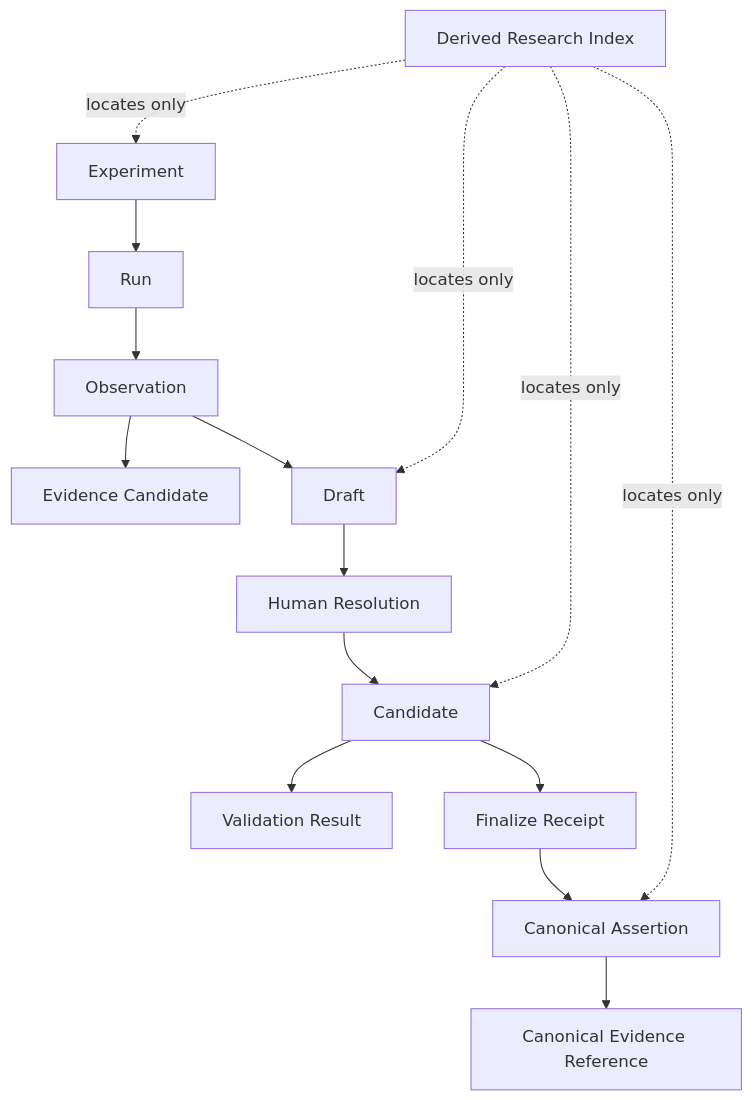
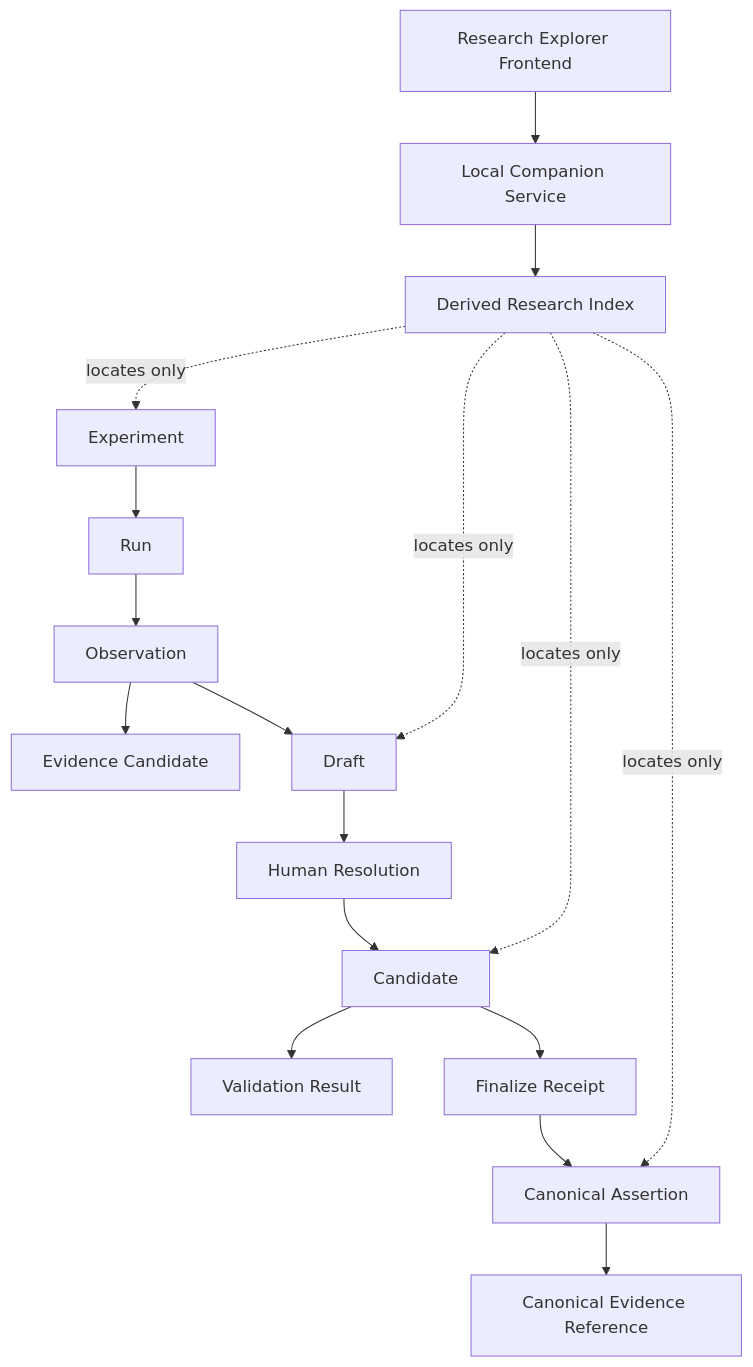
The third of 3 diagrams in docs/research/research-explorer-design.md (whatrune/sd-prompt-studio), drawn with Mermaid before and after one commit. The commit also changed other lines of this file, not shown here.

Commit message:
Define Research Explorer runtime boundaries

````diff
--- a/docs/research/research-explorer-design.md
+++ b/docs/research/research-explorer-design.md
@@ -308,18 +355,21 @@
 ```mermaid
 flowchart TD
     E["Experiment"] --> R["Run"]
     R --> O["Observation"]
     O --> EV["Evidence Candidate"]
     O --> D["Draft"]
     D --> HR["Human Resolution"]
     HR --> C["Candidate"]
     C --> VR["Validation Result"]
     C --> FR["Finalize Receipt"]
     FR --> CA["Canonical Assertion"]
     CA --> EV2["Canonical Evidence Reference"]
 
     IDX["Derived Research Index"] -. "locates only" .-> E
     IDX -. "locates only" .-> D
     IDX -. "locates only" .-> C
     IDX -. "locates only" .-> CA
+
+    SVC["Local Companion Service"] --> IDX
+    UI["Research Explorer Frontend"] --> SVC
 ```
````
